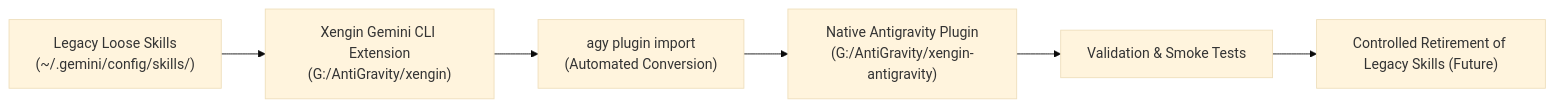
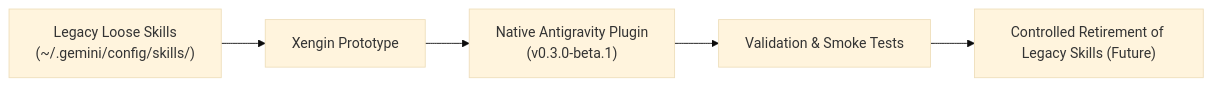
The diagram in docs/migration-guide.md (amirhswork1582-hub/xengin), drawn with Mermaid (base theme) before and after one commit. The commit also changed other lines of this file and 52 other files, not shown here.

Commit message:
feat(release): Xengin v0.3.0-beta.1 Public Beta readiness

````diff
--- a/docs/migration-guide.md
+++ b/docs/migration-guide.md
@@ -19,13 +19,11 @@
 ```mermaid
 flowchart LR
     Legacy["Legacy Loose Skills<br/>(~/.gemini/config/skills/)"] 
-      --> GemExt["Xengin Gemini CLI Extension<br/>(G:/AntiGravity/xengin)"]
+      --> GemExt["Xengin Prototype"]
     GemExt 
-      --> AgImport["agy plugin import<br/>(Automated Conversion)"]
-    AgImport 
-      --> NatPlugin["Native Antigravity Plugin<br/>(G:/AntiGravity/xengin-antigravity)"]
+      --> NatPlugin["Native Antigravity Plugin<br/>(v0.3.0-beta.1)"]
     NatPlugin 
       --> Verification["Validation & Smoke Tests"]
     Verification 
       --> Retirement["Controlled Retirement of Legacy Skills (Future)"]
 ```
````
